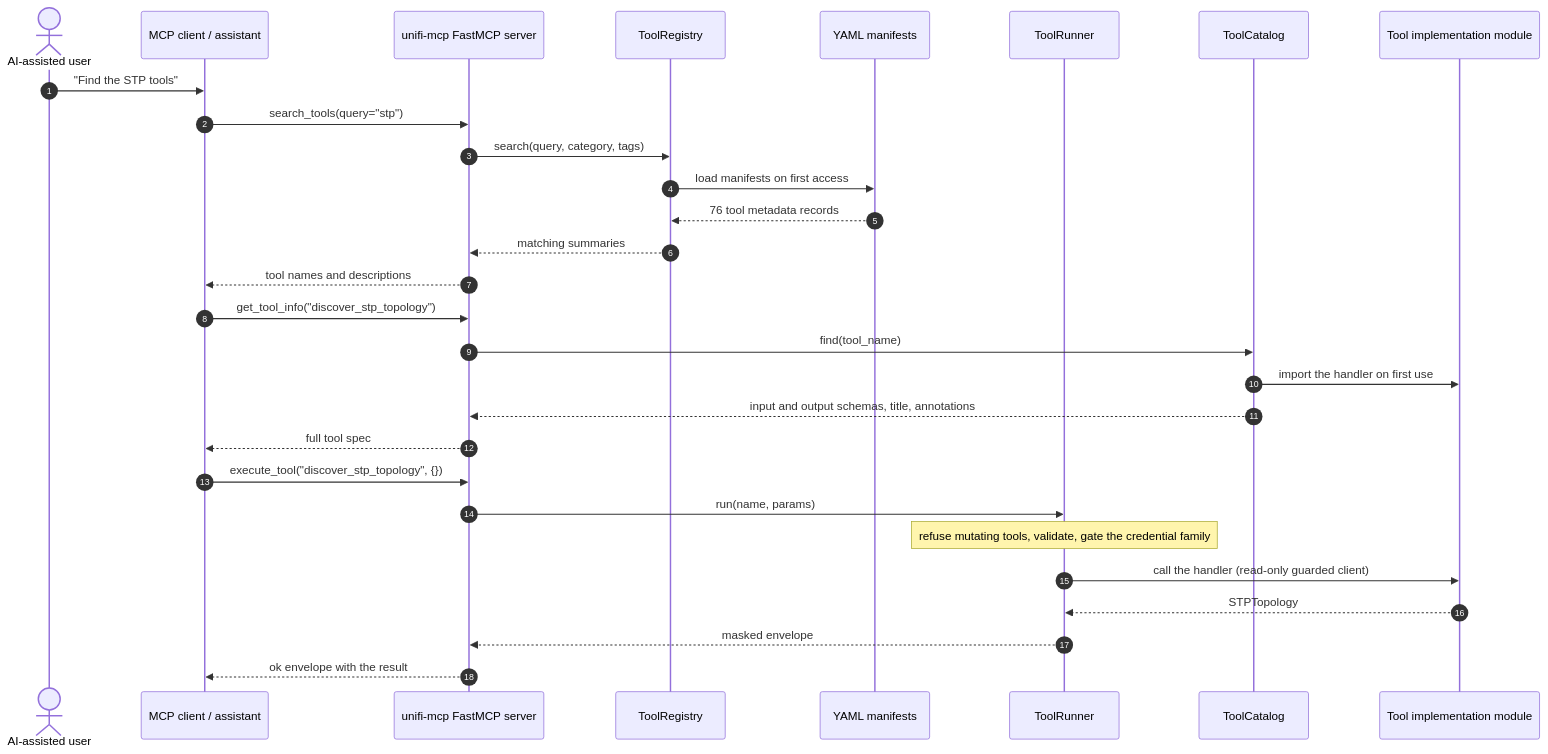
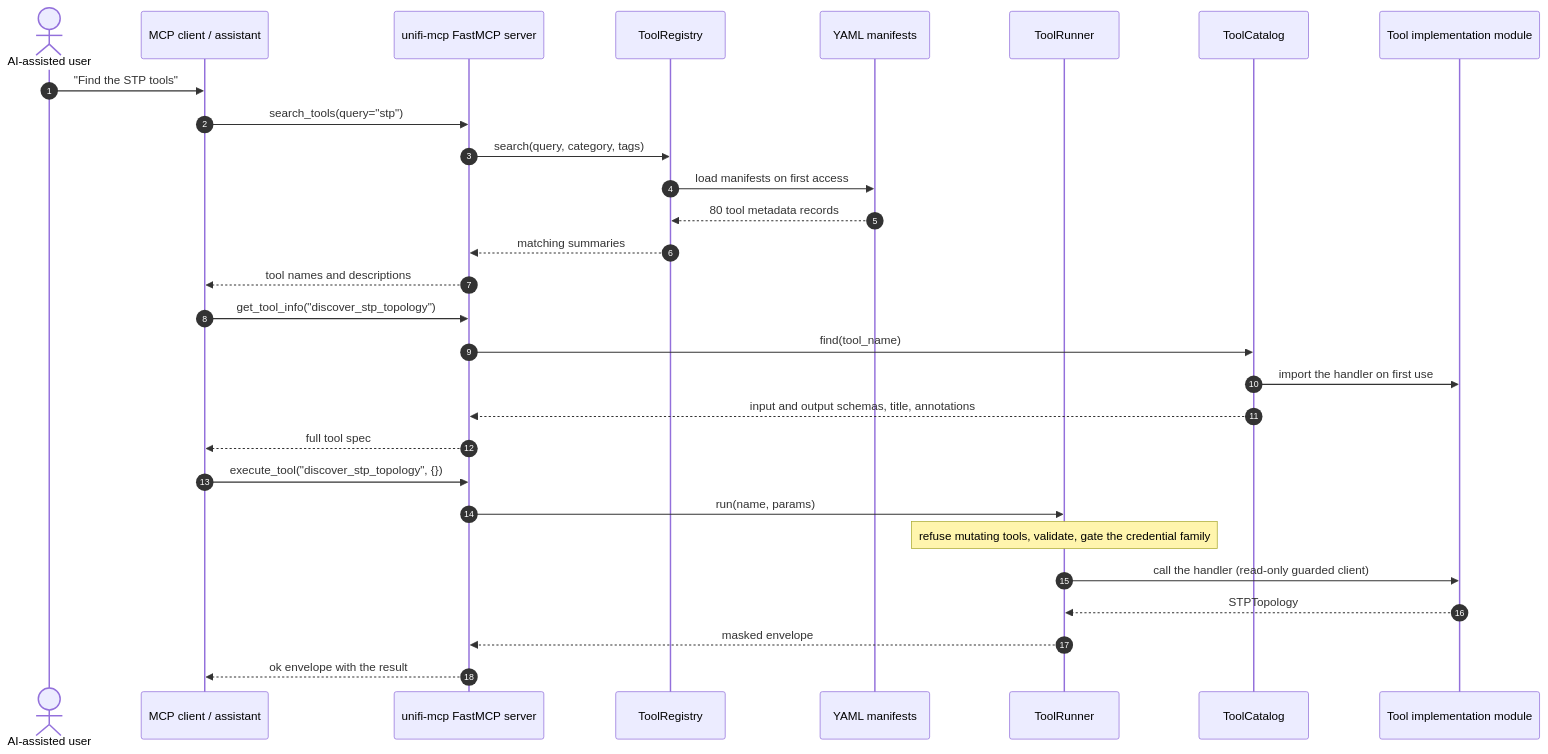
One commit to NetDevAutomate/unifi_management_cli changed diagram 26 of 26 in docs/architecture/c4-architecture.md. Above: the diagram before and after it, drawn with Mermaid. The commit also changed other lines of this file and 23 other files, not shown here.

````diff
--- a/docs/architecture/c4-architecture.md
+++ b/docs/architecture/c4-architecture.md
@@ -1271,32 +1271,32 @@
 ```mermaid
 sequenceDiagram
     autonumber
     actor User as AI-assisted user
     participant Assistant as MCP client / assistant
     participant Server as unifi-mcp FastMCP server
     participant Registry as ToolRegistry
     participant Manifest as YAML manifests
     participant Runner as ToolRunner
     participant Catalog as ToolCatalog
     participant Tool as Tool implementation module
 
     User->>Assistant: "Find the STP tools"
     Assistant->>Server: search_tools(query="stp")
     Server->>Registry: search(query, category, tags)
     Registry->>Manifest: load manifests on first access
-    Manifest-->>Registry: 76 tool metadata records
+    Manifest-->>Registry: 80 tool metadata records
     Registry-->>Server: matching summaries
     Server-->>Assistant: tool names and descriptions
     Assistant->>Server: get_tool_info("discover_stp_topology")
     Server->>Catalog: find(tool_name)
     Catalog->>Tool: import the handler on first use
     Catalog-->>Server: input and output schemas, title, annotations
     Server-->>Assistant: full tool spec
     Assistant->>Server: execute_tool("discover_stp_topology", {})
     Server->>Runner: run(name, params)
     Note over Runner: refuse mutating tools, validate, gate the credential family
     Runner->>Tool: call the handler (read-only guarded client)
     Tool-->>Runner: STPTopology
     Runner-->>Server: masked envelope
     Server-->>Assistant: ok envelope with the result
 ```
````
